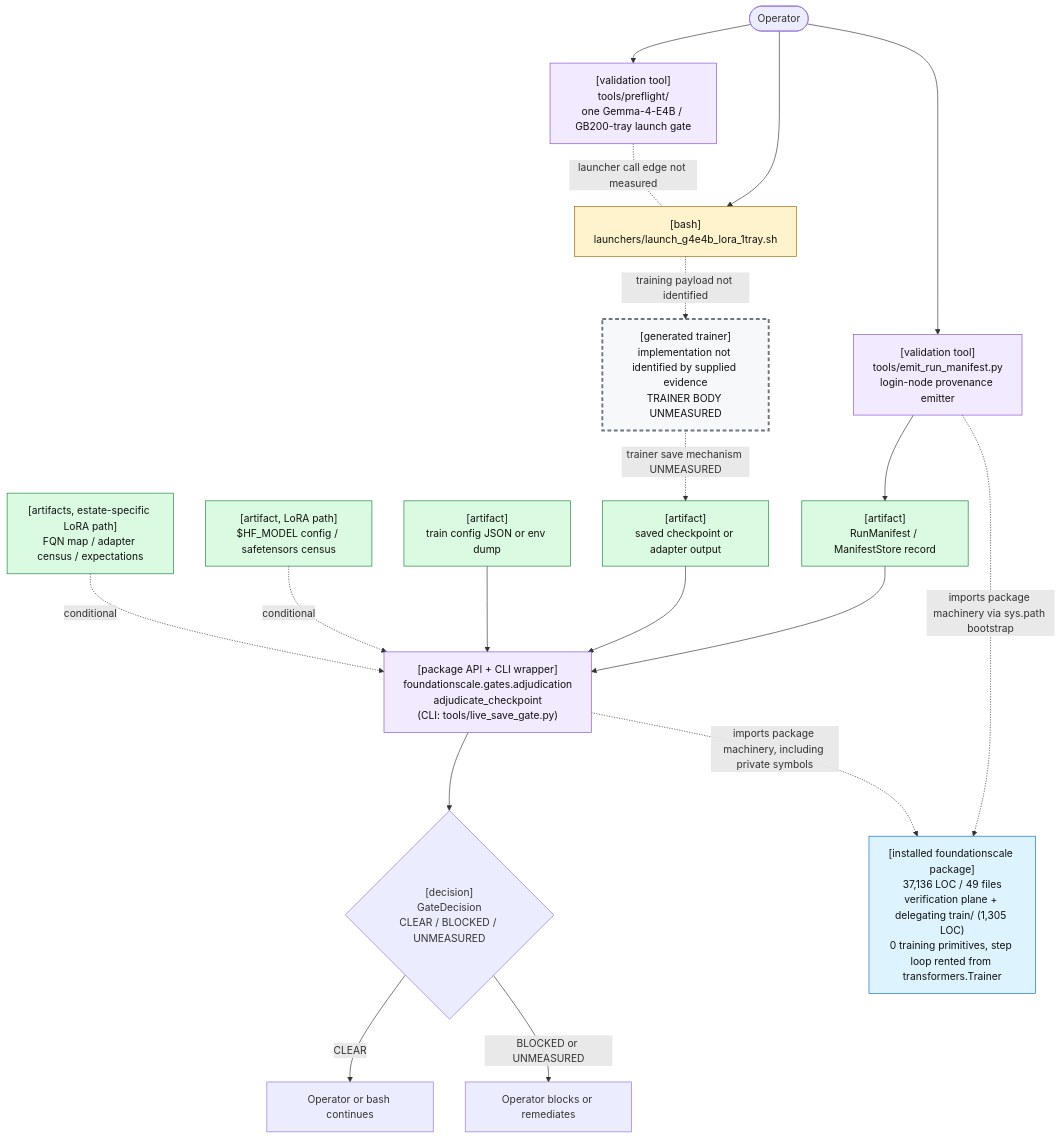
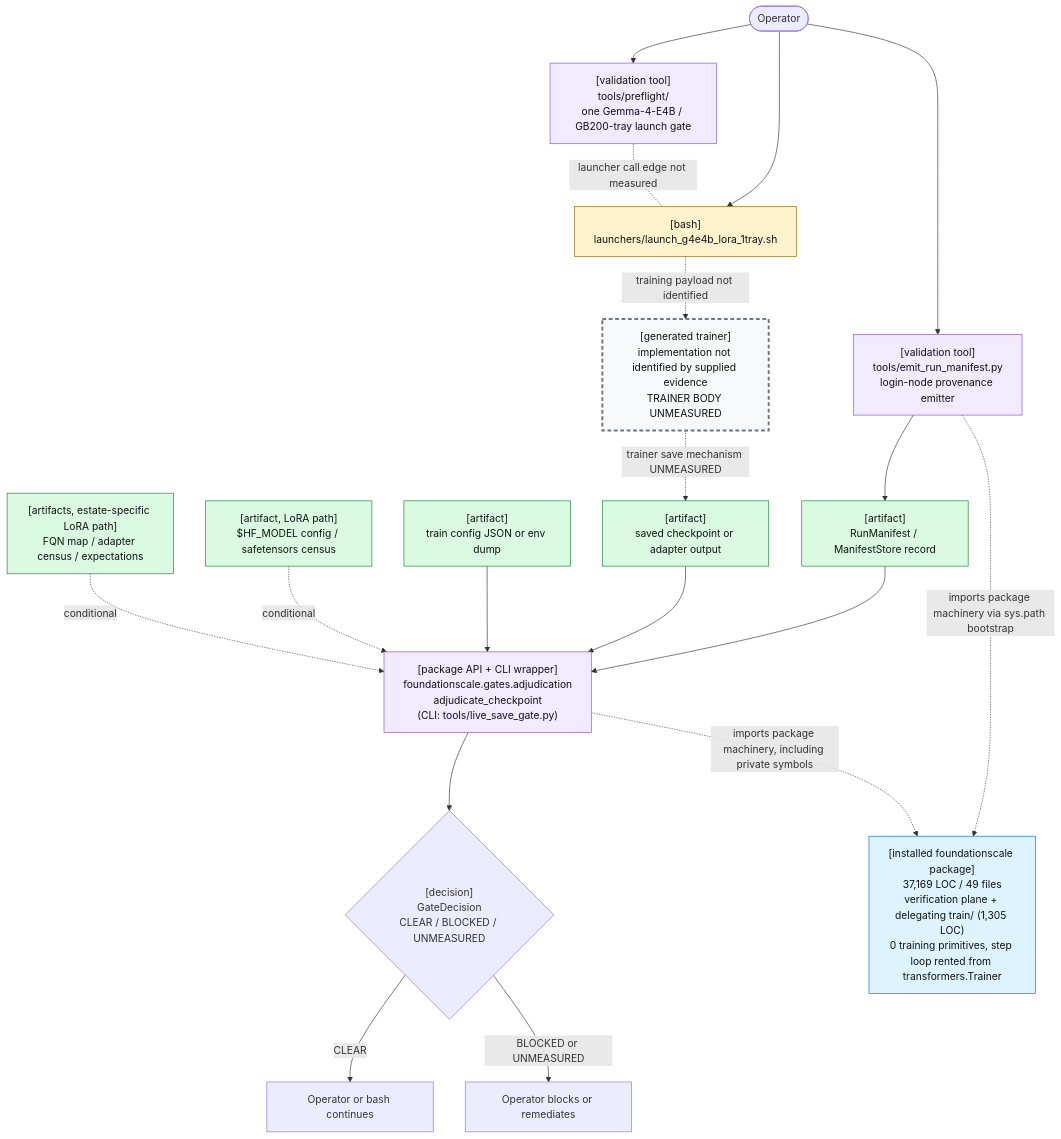
One commit to TranNhiem/FoundationScale changed the first of 2 diagrams in docs/review/D2_current_architecture.md. Above: the diagram before and after it, drawn with Mermaid. The commit also changed other lines of this file and 13 other files, not shown here.

````diff
--- a/docs/review/D2_current_architecture.md
+++ b/docs/review/D2_current_architecture.md
@@ -25,59 +25,59 @@
 ```mermaid
 flowchart TB
   O(["Operator"])
 
   PF["[validation tool]<br/>tools/preflight/<br/>one Gemma-4-E4B / GB200-tray launch gate"]
   L["[bash]<br/>launchers/launch_g4e4b_lora_1tray.sh"]
 
   E["[validation tool]<br/>tools/emit_run_manifest.py<br/>login-node provenance emitter"]
   M["[artifact]<br/>RunManifest / ManifestStore record"]
 
   T["[generated trainer]<br/>implementation not identified by supplied evidence<br/>TRAINER BODY UNMEASURED"]
   C["[artifact]<br/>saved checkpoint or adapter output"]
 
   G["[package API + CLI wrapper]<br/>foundationscale.gates.adjudication<br/>adjudicate_checkpoint<br/>(CLI: tools/live_save_gate.py)"]
   CFG["[artifact]<br/>train config JSON or env dump"]
   BASE["[artifact, LoRA path]<br/>$HF_MODEL config / safetensors census"]
   CEN["[artifacts, estate-specific LoRA path]<br/>FQN map / adapter census / expectations"]
 
   D{"[decision]<br/>GateDecision<br/>CLEAR / BLOCKED / UNMEASURED"}
   OK["Operator or bash continues"]
   NO["Operator blocks or remediates"]
 
-  PKG["[installed foundationscale package]<br/>37,136 LOC / 49 files<br/>verification plane + delegating train/ (1,305 LOC)<br/>0 training primitives, step loop rented from transformers.Trainer"]
+  PKG["[installed foundationscale package]<br/>37,169 LOC / 49 files<br/>verification plane + delegating train/ (1,305 LOC)<br/>0 training primitives, step loop rented from transformers.Trainer"]
 
   O --> PF
   O --> L
   PF -. "launcher call edge not measured" .- L
 
   O --> E
   E --> M
 
   L -. "training payload not identified" .-> T
   T -. "trainer save mechanism UNMEASURED" .-> C
 
   M --> G
   C --> G
   CFG --> G
   BASE -. "conditional" .-> G
   CEN -. "conditional" .-> G
 
   E -. "imports package machinery via sys.path bootstrap" .-> PKG
   G -. "imports package machinery, including private symbols" .-> PKG
 
   G --> D
   D -->|"CLEAR"| OK
   D -->|"BLOCKED or UNMEASURED"| NO
 
   classDef bash fill:#fff3cd,stroke:#9a6700,color:#111;
   classDef tool fill:#f2eaff,stroke:#8250df,color:#111;
   classDef artifact fill:#dafbe1,stroke:#1a7f37,color:#111;
   classDef gap fill:#f6f8fa,stroke:#6e7781,stroke-width:3px,stroke-dasharray: 6 4,color:#111;
   classDef pkg fill:#ddf4ff,stroke:#0969da,color:#111;
 
   class L bash;
   class PF,E,G tool;
   class M,C,CFG,BASE,CEN artifact;
   class T gap;
   class PKG pkg;
 ```
````
